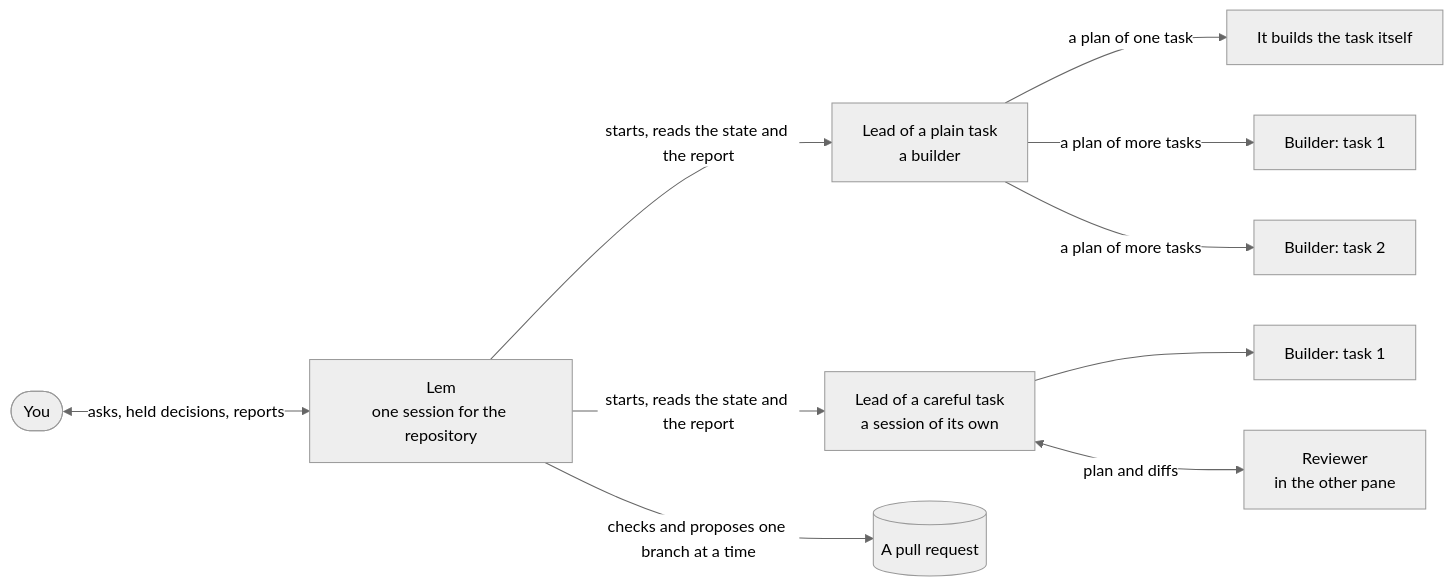
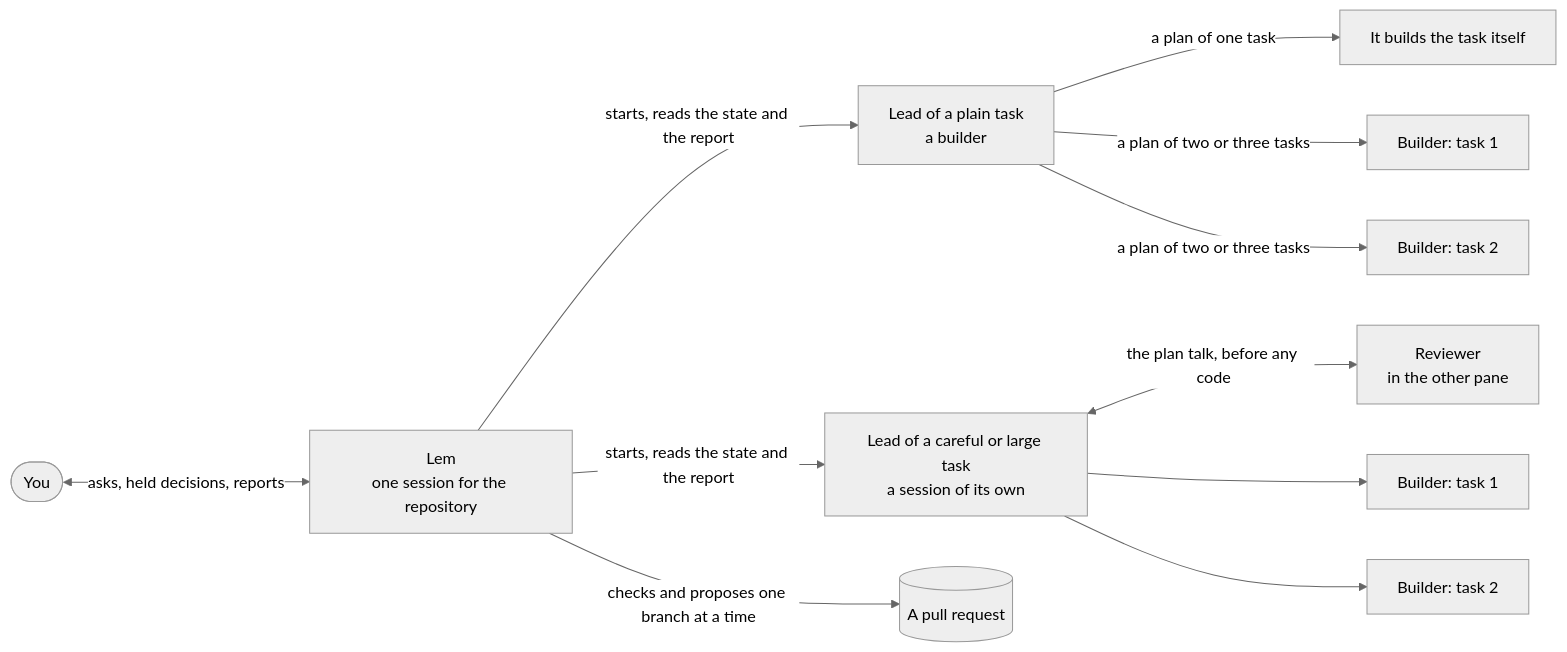
One commit to pySilver/lem changed the second of 3 diagrams in README.md. Above: the diagram before and after it, drawn with Mermaid (neutral theme). The commit also changed other lines of this file and 15 other files, not shown here.

````diff
--- a/README.md
+++ b/README.md
@@ -204,12 +225,13 @@
 ```mermaid
 flowchart LR
     you([You]) <-- asks, held decisions, reports --> lem[Lem<br/>one session for the repository]
     lem -- starts, reads the state and the report --> leadA[Lead of a plain task<br/>a builder]
-    lem -- starts, reads the state and the report --> leadB[Lead of a careful task<br/>a session of its own]
+    lem -- starts, reads the state and the report --> leadB[Lead of a careful or large task<br/>a session of its own]
     leadA -- a plan of one task --> self[It builds the task itself]
-    leadA -- a plan of more tasks --> b1[Builder: task 1]
-    leadA -- a plan of more tasks --> b2[Builder: task 2]
+    leadA -- a plan of two or three tasks --> b1[Builder: task 1]
+    leadA -- a plan of two or three tasks --> b2[Builder: task 2]
+    leadB <-- the plan talk, before any code --> rev[Reviewer<br/>in the other pane]
     leadB --> b3[Builder: task 1]
-    leadB <-- plan and diffs --> rev[Reviewer<br/>in the other pane]
+    leadB --> b4[Builder: task 2]
     lem -- checks and proposes one branch at a time --> pr[(A pull request)]
 ```
````
